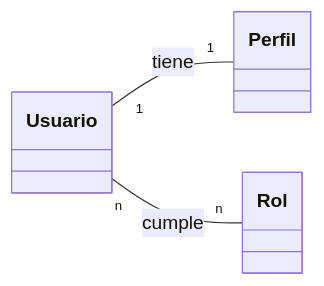
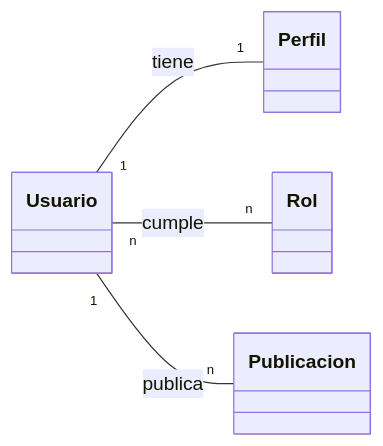
One commit to eormeno/dbacki_2024 changed the first of 5 diagrams in migrations.md. Above: the diagram before and after it, drawn with Mermaid. The commit also changed other lines of this file, not shown here.

````diff
--- a/migrations.md
+++ b/migrations.md
@@ -86,12 +79,15 @@
 ```mermaid
 classDiagram
     direction LR
     class Usuario {
+    }
+    class Publicacion {
     }
     class Perfil {
     }
     class Rol {
     }
     Usuario "1" -- "1" Perfil : tiene
     Usuario "n" -- "n" Rol : cumple
+    Usuario "1" -- "n" Publicacion : publica
 ```
````
